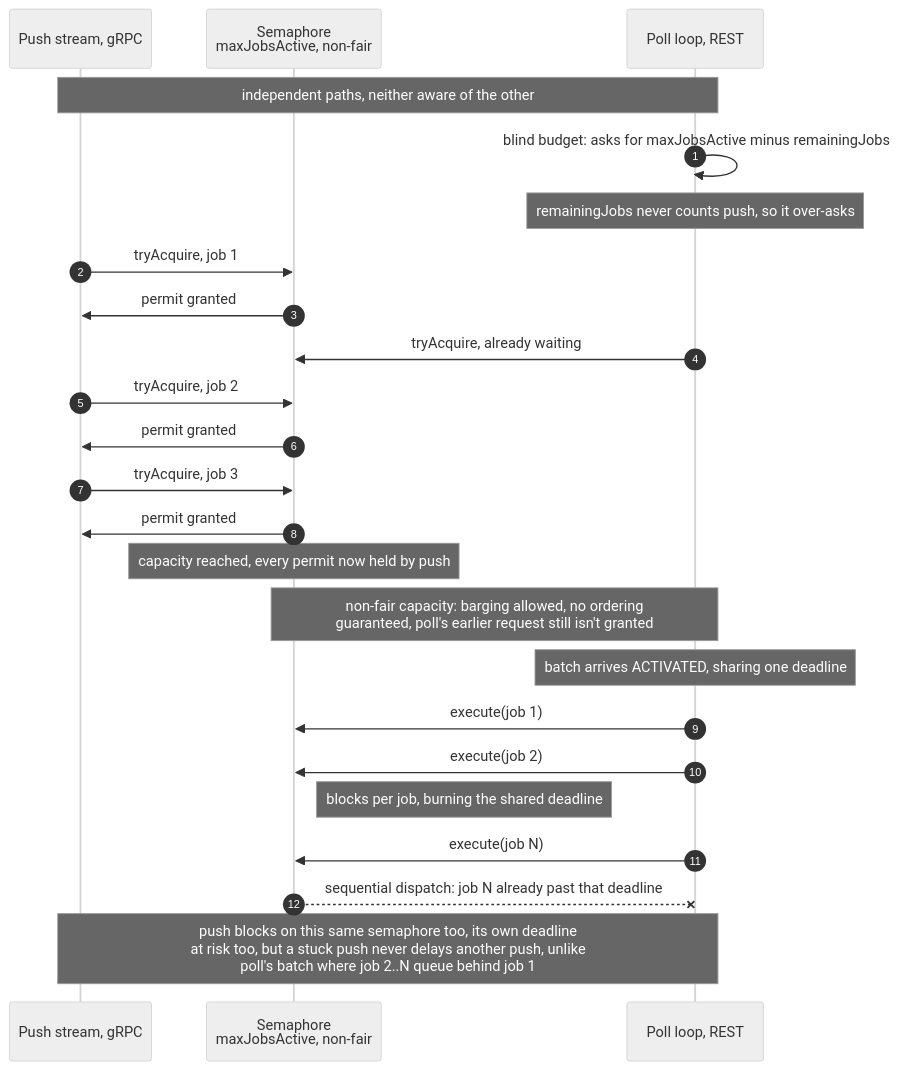
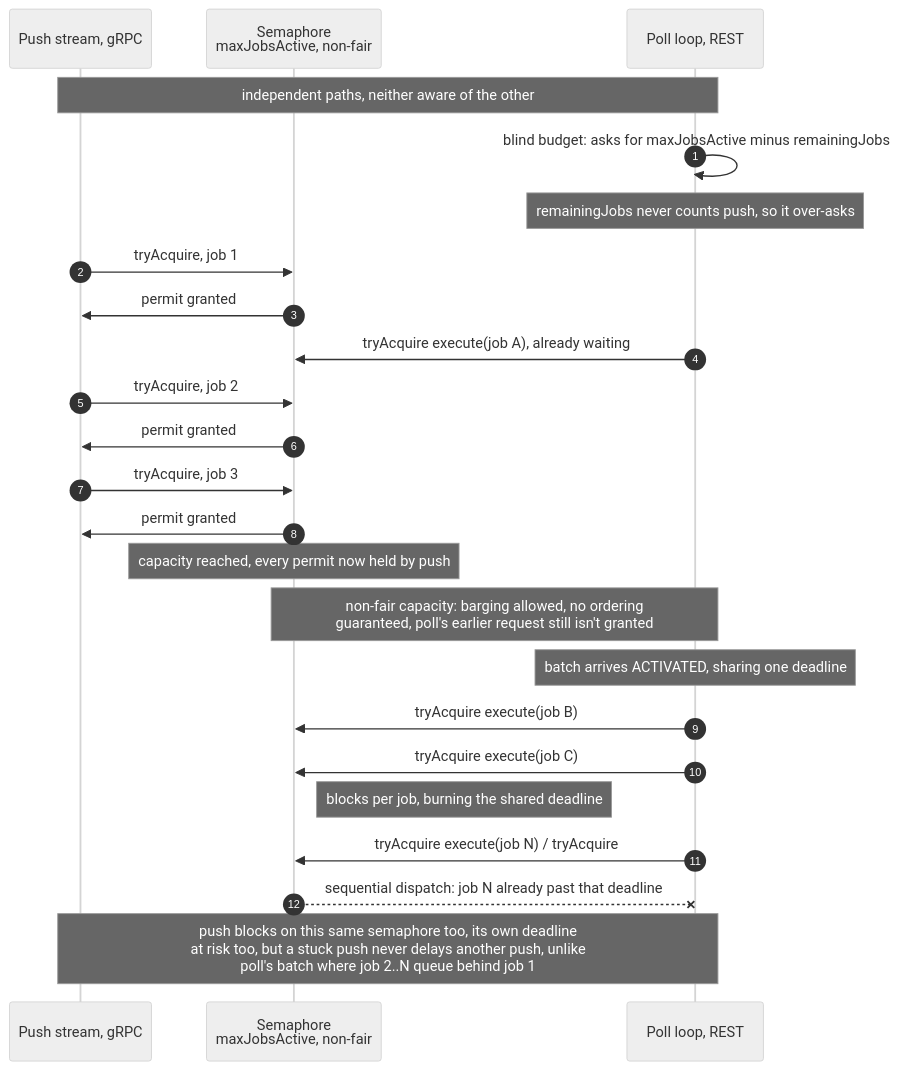
The third of 4 diagrams in chaos-days/blog/2026-08-06-worker-downtime-throughput-recovery/index.md (camunda/zeebe-chaos), drawn with Mermaid (neutral theme) before and after one commit.

Commit message:
refactor: use consistent language
- use tryAcquire in front of execute
- change indices of jobs to alphabet to distinc of pushed jobs

````diff
--- a/chaos-days/blog/2026-08-06-worker-downtime-throughput-recovery/index.md
+++ b/chaos-days/blog/2026-08-06-worker-downtime-throughput-recovery/index.md
@@ -240,33 +240,33 @@
 ```mermaid
 sequenceDiagram
     autonumber
     participant Pu as Push stream, gRPC
     participant S as Semaphore<br/>maxJobsActive, non-fair
     participant Po as Poll loop, REST
 
     Note over Pu,Po: independent paths, neither aware of the other
 
     Po->>Po: blind budget: asks for maxJobsActive minus remainingJobs
     Note over Po: remainingJobs never counts push, so it over-asks
 
     Pu->>S: tryAcquire, job 1
     S->>Pu: permit granted
 
-    Po->>S: tryAcquire, already waiting
+    Po->>S: tryAcquire execute(job A), already waiting
 
     Pu->>S: tryAcquire, job 2
     S->>Pu: permit granted
     Pu->>S: tryAcquire, job 3
     S->>Pu: permit granted
     Note over S: capacity reached, every permit now held by push
     Note over Po,S: non-fair capacity: barging allowed, no ordering<br/>guaranteed, poll's earlier request still isn't granted
 
     Note over Po: batch arrives ACTIVATED, sharing one deadline
-    Po->>S: execute(job 1)
-    Po->>S: execute(job 2)
+    Po->>S: tryAcquire execute(job B)
+    Po->>S: tryAcquire execute(job C)
     Note right of S: blocks per job, burning the shared deadline
-    Po->>S: execute(job N)
+    Po->>S: tryAcquire execute(job N) / tryAcquire
     S--xPo: sequential dispatch: job N already past that deadline
 
     Note over Pu,Po: push blocks on this same semaphore too, its own deadline<br/>at risk too, but a stuck push never delays another push, unlike<br/>poll's batch where job 2..N queue behind job 1
 ```
````
